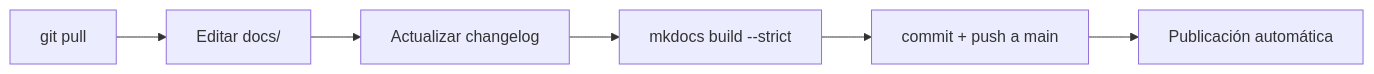
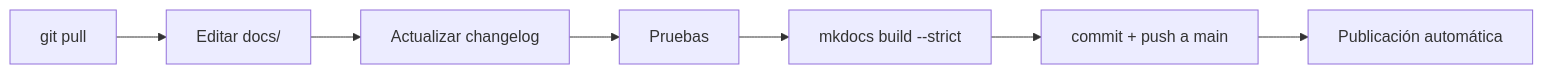
The diagram in docs/contribuir.md (andresga79/agile-cell-playbook), drawn with Mermaid before and after one commit. The commit also changed other lines of this file and 2 other files, not shown here.

````diff
--- a/docs/contribuir.md
+++ b/docs/contribuir.md
@@ -9,8 +9,9 @@
 ```mermaid
 flowchart LR
     P[git pull] --> E[Editar docs/]
     E --> C[Actualizar changelog]
-    C --> V[mkdocs build --strict]
+    C --> T[Pruebas]
+    T --> V[mkdocs build --strict]
     V --> G[commit + push a main]
     G --> W[Publicación automática]
 ```
````
